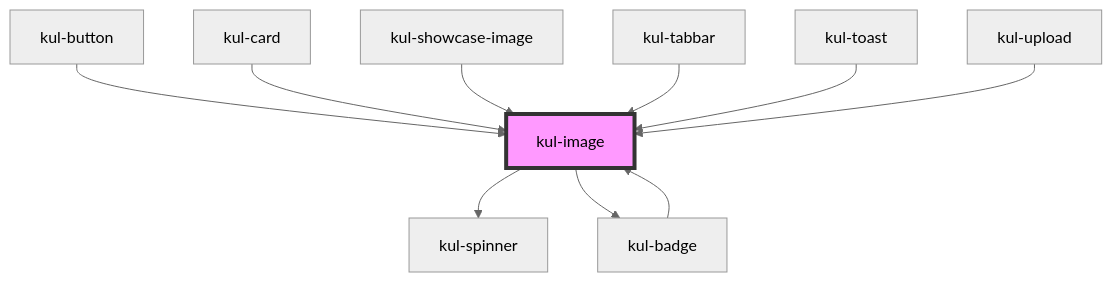
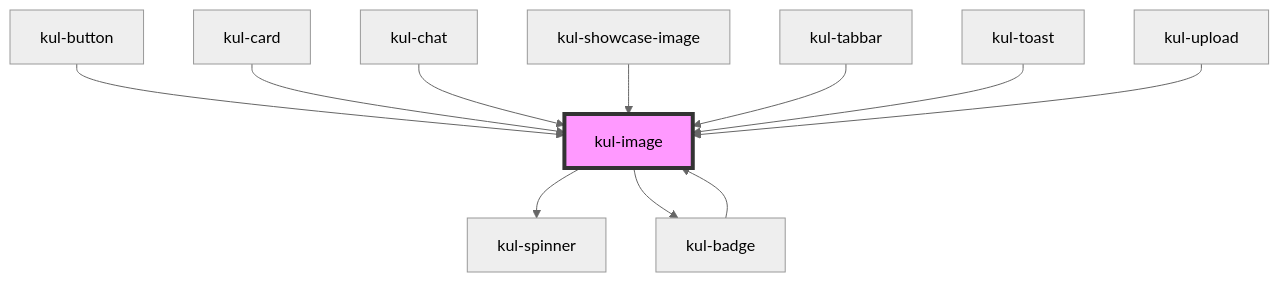
One commit to smeup/ketchup changed the diagram in packages/ketchup-lite/src/components/kul-image/readme.md. Above: the diagram before and after it, drawn with Mermaid (neutral theme). The commit also changed other lines of this file and 25 other files, not shown here.

Commit message:
feat: new component kul-chat

````diff
--- a/packages/ketchup-lite/src/components/kul-image/readme.md
+++ b/packages/ketchup-lite/src/components/kul-image/readme.md
@@ -85,13 +86,14 @@
 ```mermaid
 graph TD;
   kul-image --> kul-spinner
   kul-image --> kul-badge
   kul-badge --> kul-image
   kul-button --> kul-image
   kul-card --> kul-image
+  kul-chat --> kul-image
   kul-showcase-image --> kul-image
   kul-tabbar --> kul-image
   kul-toast --> kul-image
   kul-upload --> kul-image
   style kul-image fill:#f9f,stroke:#333,stroke-width:4px
 ```
````
